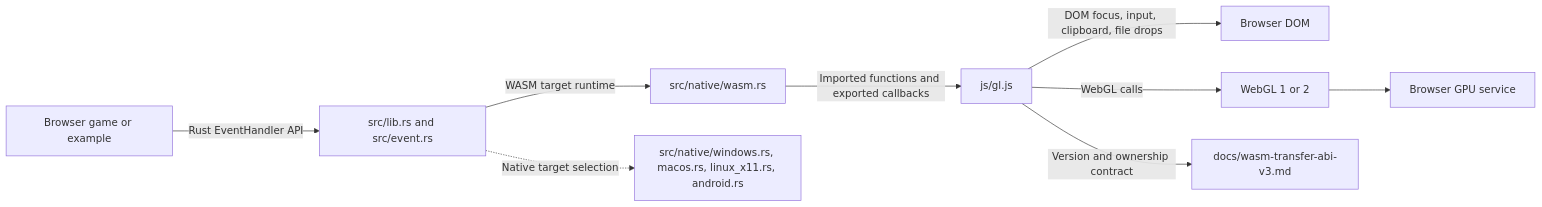
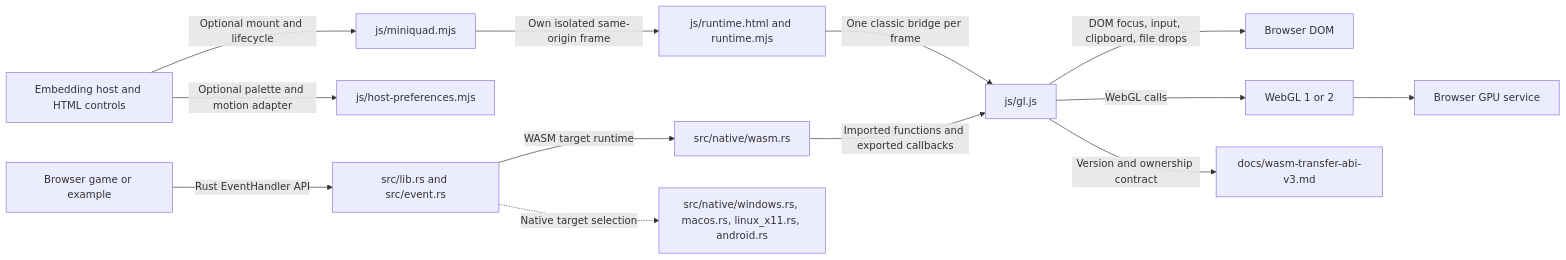
The diagram in docs/architecture/components.mmd (Tigon32/miniquad), drawn with Mermaid before and after one commit. The commit also changed 11 other files, not shown here.

```diff
--- a/docs/architecture/components.mmd
+++ b/docs/architecture/components.mmd
@@ -1,9 +1,13 @@
 flowchart LR
+    Host["Embedding host and HTML controls"] -->|"Optional mount and lifecycle"| Embed["js/miniquad.mjs"]
+    Embed -->|"Own isolated same-origin frame"| Runtime["js/runtime.html and runtime.mjs"]
+    Runtime -->|"One classic bridge per frame"| Bridge["js/gl.js"]
+    Host -->|"Optional palette and motion adapter"| Preferences["js/host-preferences.mjs"]
     App["Browser game or example"] -->|"Rust EventHandler API"| Public["src/lib.rs and src/event.rs"]
     Public -->|"WASM target runtime"| Backend["src/native/wasm.rs"]
     Backend -->|"Imported functions and exported callbacks"| Bridge["js/gl.js"]
     Bridge -->|"DOM focus, input, clipboard, file drops"| Browser["Browser DOM"]
     Bridge -->|"WebGL calls"| GL["WebGL 1 or 2"]
     GL --> GPU["Browser GPU service"]
     Public -.->|"Native target selection"| Native["src/native/windows.rs, macos.rs, linux_x11.rs, android.rs"]
     Bridge -->|"Version and ownership contract"| ABI["docs/wasm-transfer-abi-v3.md"]
```
